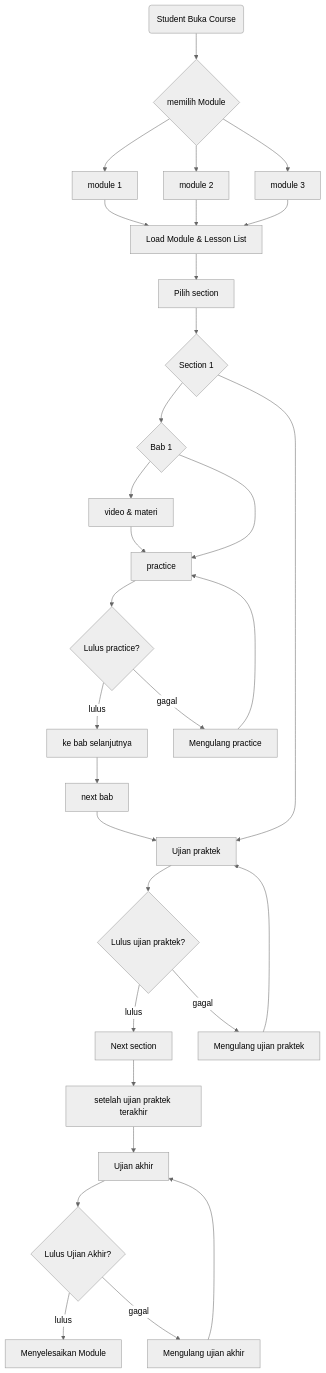
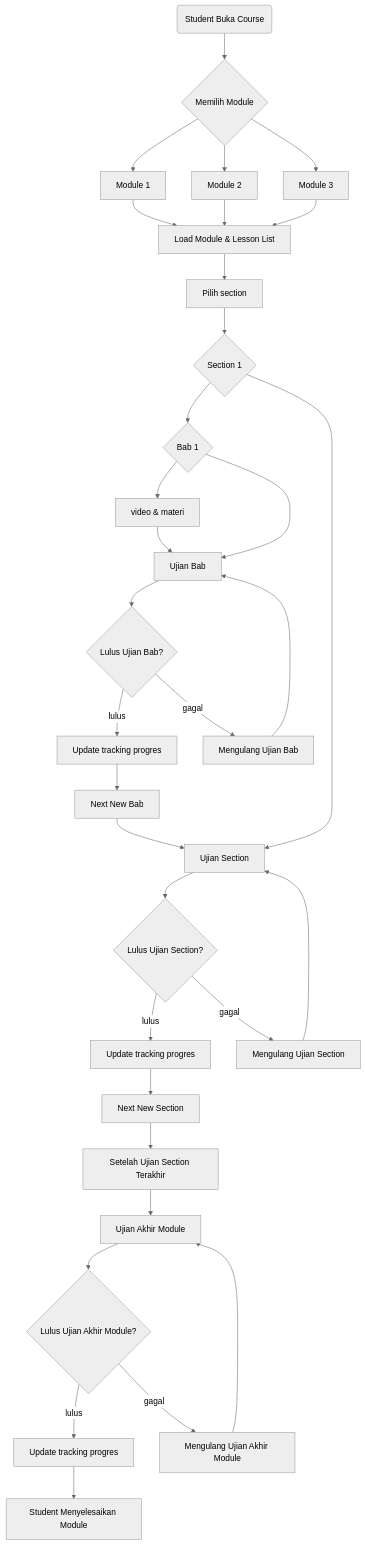
The first of 2 diagrams in README.md (acountcodm2704-blip/Flow-chart), drawn with Mermaid (neutral theme) before and after one commit.

Commit message:
Update flowchart in README.md for clarity

````diff
--- a/README.md
+++ b/README.md
@@ -2,38 +2,40 @@
 ```mermaid
 flowchart TD
-A(Student Buka Course) --> B{memilih Module}
-B --> A2[module 1]
-B --> A3[module 2]
-B --> A4[module 3]
+A(Student Buka Course) --> B{Memilih Module}
+B --> A2[Module 1]
+B --> A3[Module 2]
+B --> A4[Module 3]
 A2 --> A1
 A3 --> A1
 A4 --> A1[Load Module & Lesson List]
 A1 --> C[Pilih section]
 C --> D{Section 1}
 D --> E{Bab 1}
-D --> F[Ujian praktek]
+D --> F[Ujian Section]
 E --> G[video & materi]
-E --> H[practice]
+E --> H[Ujian Bab]
 G --> H
-H --> I{Lulus practice?}
-I --> |lulus| J[ke bab selanjutnya]
-I --> |gagal| K[Mengulang practice]
+H --> I{Lulus Ujian Bab?}
+I --> |lulus| J[Update tracking progres]
+I --> |gagal| K[Mengulang Ujian Bab]
 K --> H
-J --> L[next bab]
+J --> L[Next New Bab]
 L --> F
-F --> M{Lulus ujian praktek?}
-M --> |lulus| N[Next section]
-M --> |gagal| O[Mengulang ujian praktek]
+F --> M{Lulus Ujian Section?}
+M --> |lulus| N1[Update tracking progres]
+M --> |gagal| O[Mengulang Ujian Section]
 O --> F
+N1 --> N[Next New Section]
 
 
-N --> R[setelah ujian praktek terakhir]
-R --> S[Ujian akhir]
-S --> U{Lulus Ujian Akhir?}
-U --> |lulus| V[Menyelesaikan Module]
-U --> |gagal| W[Mengulang ujian akhir]
+N --> R[Setelah Ujian Section Terakhir]
+R --> S[Ujian Akhir Module]
+S --> U{Lulus Ujian Akhir Module?}
+U --> |lulus| V[Update tracking progres]
+U --> |gagal| W[Mengulang Ujian Akhir Module]
 W --> S
+V --> X[Student Menyelesaikan Module]
 
 
    
 ```
````
